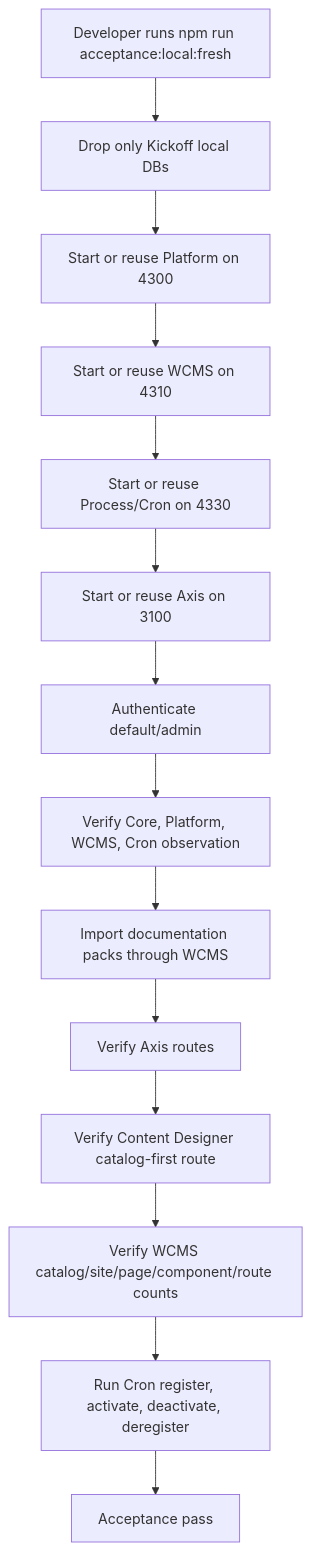
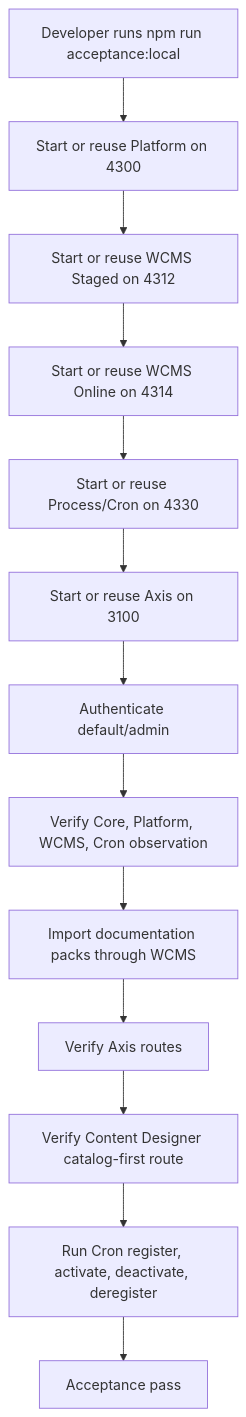
One commit to Nodics/nodics.kickoff changed the first of 2 diagrams in data/core/source/documentation/pages/local-acceptance-checklist.md. Above: the diagram before and after it, drawn with Mermaid. The commit also changed other lines of this file and 92 other files, not shown here.

Commit message:
Qualify Local staged and online publishing topology

````diff
--- a/data/core/source/documentation/pages/local-acceptance-checklist.md
+++ b/data/core/source/documentation/pages/local-acceptance-checklist.md
@@ -138,16 +108,15 @@
 ```mermaid
 flowchart TD
-  Start["Developer runs npm run acceptance:local:fresh"] --> Drop["Drop only Kickoff local DBs"]
-  Drop --> Platform["Start or reuse Platform on 4300"]
-  Platform --> WCMS["Start or reuse WCMS on 4310"]
-  WCMS --> Process["Start or reuse Process/Cron on 4330"]
+  Start["Developer runs npm run acceptance:local"] --> Platform["Start or reuse Platform on 4300"]
+  Platform --> Staged["Start or reuse WCMS Staged on 4312"]
+  Staged --> Online["Start or reuse WCMS Online on 4314"]
+  Online --> Process["Start or reuse Process/Cron on 4330"]
   Process --> Axis["Start or reuse Axis on 3100"]
   Axis --> Auth["Authenticate default/admin"]
   Auth --> Registry["Verify Core, Platform, WCMS, Cron observation"]
   Registry --> Docs["Import documentation packs through WCMS"]
   Docs --> Routes["Verify Axis routes"]
   Routes --> Designer["Verify Content Designer catalog-first route"]
-  Designer --> Counts["Verify WCMS catalog/site/page/component/route counts"]
-  Counts --> Lifecycle["Run Cron register, activate, deactivate, deregister"]
+  Designer --> Lifecycle["Run Cron register, activate, deactivate, deregister"]
   Lifecycle --> Pass["Acceptance pass"]
 ```
````
